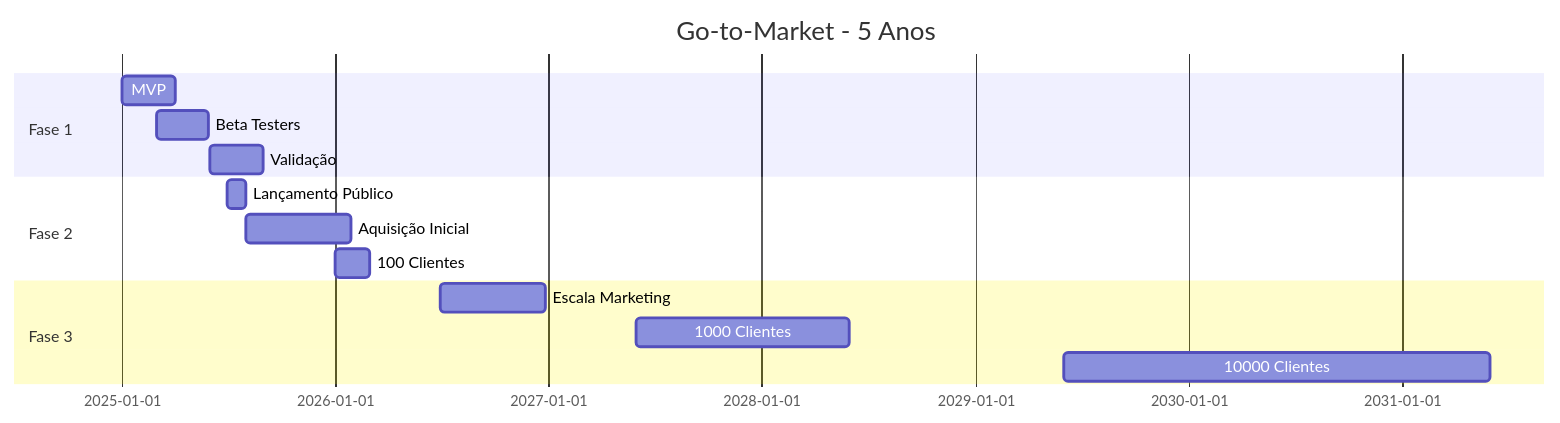
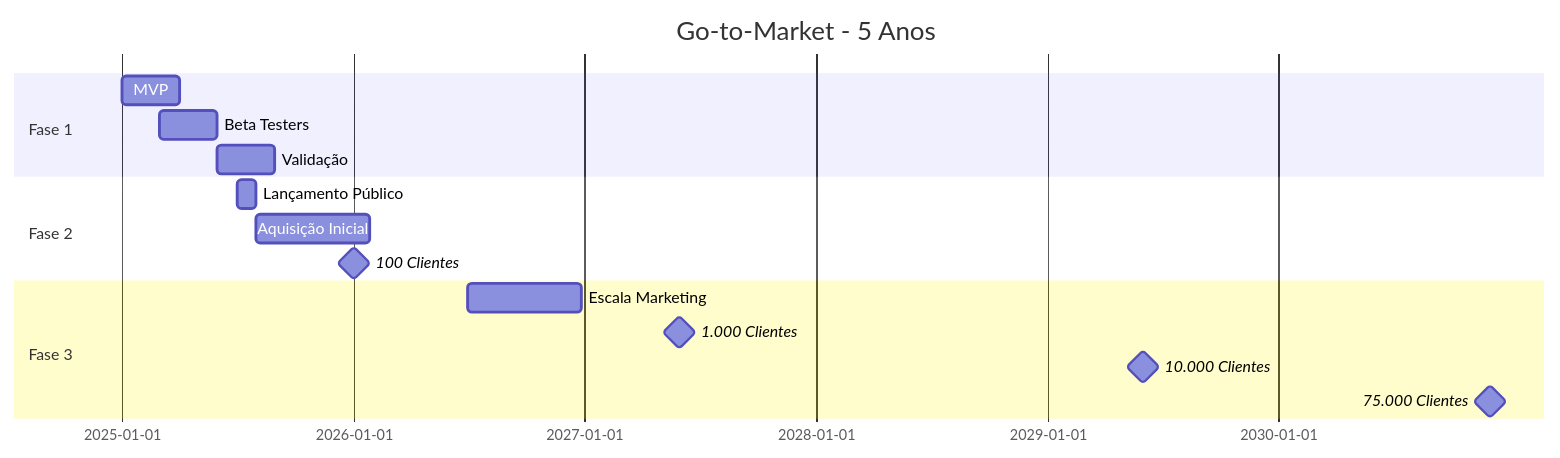
The eighth of 9 diagrams in documentation/docs/estrategia/go-to-market.mdx (matheusmendes720/workconnect-tcc), drawn with Mermaid before and after one commit. The commit also changed other lines of this file and 16 other files, not shown here.

````diff
--- a/documentation/docs/estrategia/go-to-market.mdx
+++ b/documentation/docs/estrategia/go-to-market.mdx
@@ -239,20 +258,21 @@
 ```mermaid
 gantt
     title Go-to-Market - 5 Anos
     dateFormat  YYYY-MM
-    
+
     section Fase 1
-    MVP                     :2025-01, 90d
-    Beta Testers           :2025-03, 90d
-    Validação              :2025-06, 90d
-    
+    MVP                    :a1, 2025-01, 90d
+    Beta Testers           :a2, 2025-03, 90d
+    Validação              :a3, 2025-06, 90d
+
     section Fase 2
-    Lançamento Público     :2025-07, 30d
-    Aquisição Inicial      :2025-08, 180d
-    100 Clientes           :2026-01, 60d
-    
+    Lançamento Público     :b1, 2025-07, 30d
+    Aquisição Inicial      :b2, 2025-08, 180d
+    100 Clientes           :milestone, 2026-01, 0d
+
     section Fase 3
-    Escala Marketing       :2026-07, 180d
-    1000 Clientes          :2027-06, 365d
-    10000 Clientes         :2029-06, 730d
+    Escala Marketing       :c1, 2026-07, 180d
+    1.000 Clientes         :milestone, 2027-06, 0d
+    10.000 Clientes        :milestone, 2029-06, 0d
+    75.000 Clientes        :milestone, 2030-12, 0d
 ```
````
